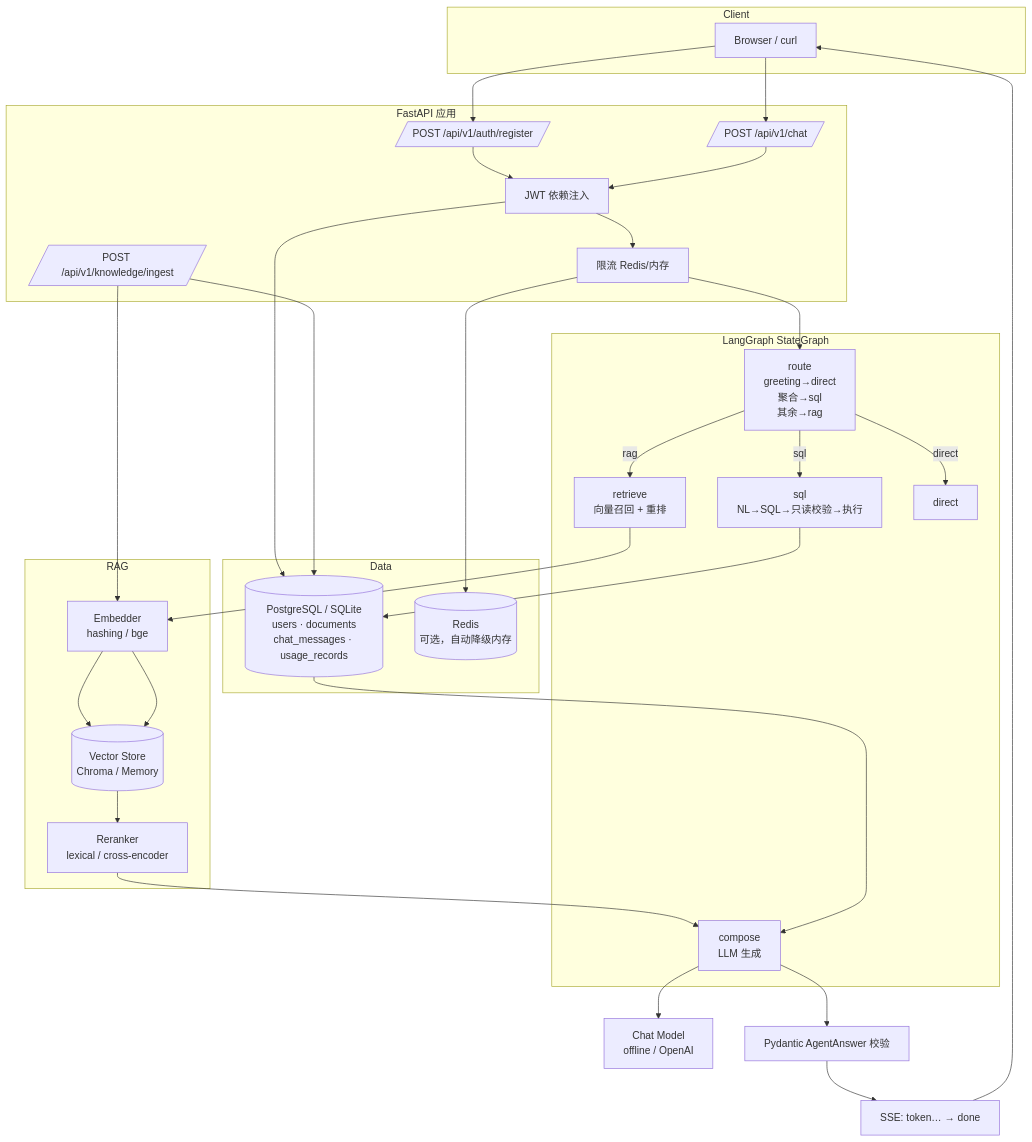
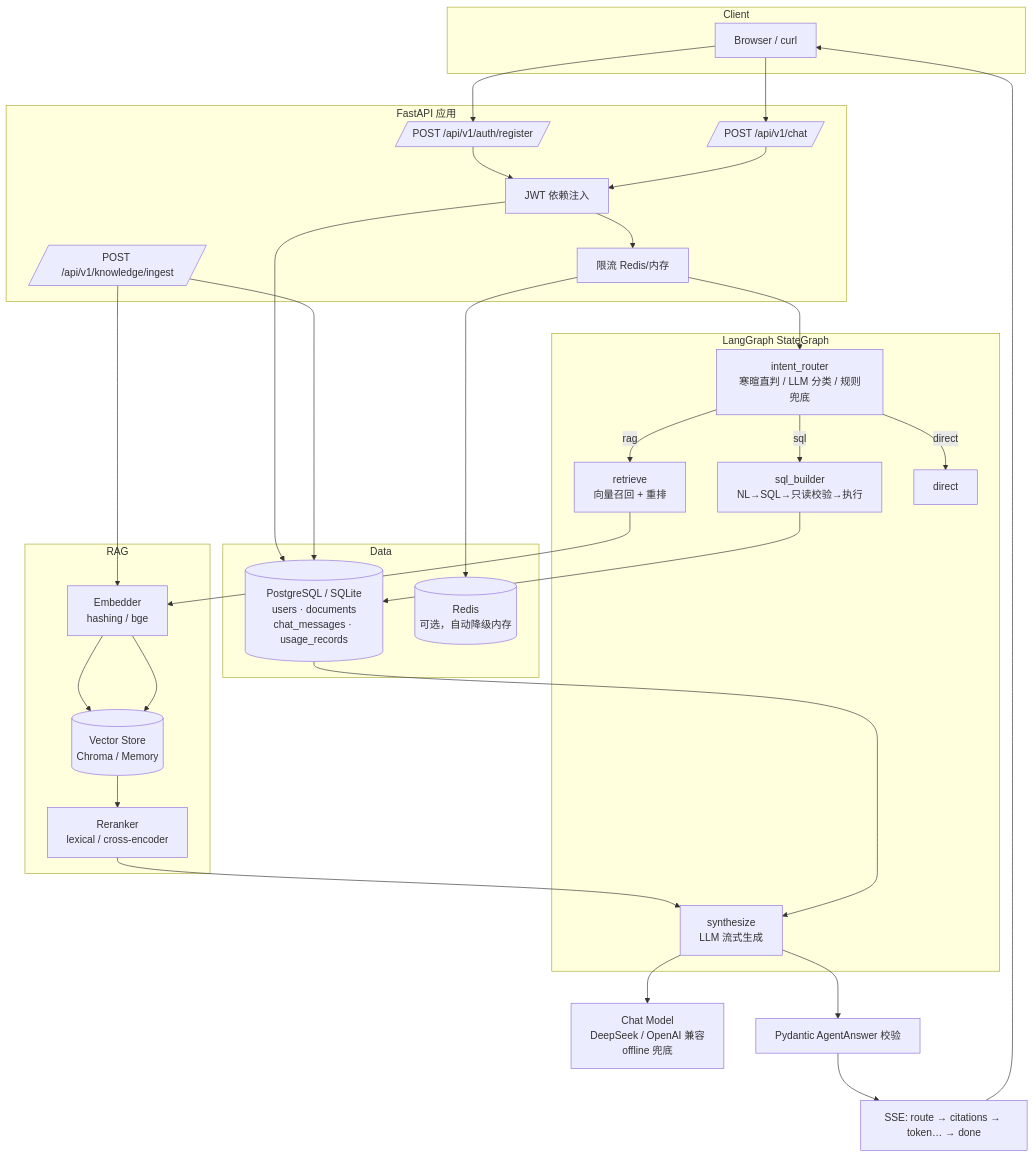
The diagram in README.md (QHW1010/personal_kb_agent), drawn with Mermaid before and after one commit. The commit also changed other lines of this file, not shown here.

First line of the commit message:
docs: 更新架构图与 SSE 协议，补充 DeepSeek 接入说明

````diff
--- a/README.md
+++ b/README.md
@@ -47,48 +47,48 @@
 ```mermaid
 flowchart TB
     subgraph Client
         C[Browser / curl]
     end
 
     subgraph API["FastAPI 应用"]
         R1[/POST /api/v1/auth/register/]
         R2[/POST /api/v1/chat/]
         R3[/POST /api/v1/knowledge/ingest/]
         AUTH[JWT 依赖注入]
         RL[限流 Redis/内存]
     end
 
     subgraph Graph["LangGraph StateGraph"]
-        RT[route<br/>greeting→direct<br/>聚合→sql<br/>其余→rag]
+        RT[intent_router<br/>寒暄直判 / LLM 分类 / 规则兜底]
         RV[retrieve<br/>向量召回 + 重排]
-        SQ[sql<br/>NL→SQL→只读校验→执行]
-        CP[compose<br/>LLM 生成]
+        SQ[sql_builder<br/>NL→SQL→只读校验→执行]
+        SY[synthesize<br/>LLM 流式生成]
         DR[direct]
     end
 
     subgraph RAG
         EM[Embedder<br/>hashing / bge]
         VS[(Vector Store<br/>Chroma / Memory)]
         RR[Reranker<br/>lexical / cross-encoder]
     end
 
     subgraph Data
         PG[(PostgreSQL / SQLite<br/>users · documents<br/>chat_messages · usage_records)]
         RD[(Redis<br/>可选，自动降级内存)]
     end
 
-    LLM[Chat Model<br/>offline / OpenAI]
+    LLM[Chat Model<br/>DeepSeek / OpenAI 兼容<br/>offline 兜底]
 
     C --> R1 --> AUTH --> PG
     C --> R2 --> AUTH --> RL --> RT
-    RT -->|rag| RV --> EM --> VS --> RR --> CP
-    RT -->|sql| SQ --> PG --> CP
+    RT -->|rag| RV --> EM --> VS --> RR --> SY
+    RT -->|sql| SQ --> PG --> SY
     RT -->|direct| DR
-    CP --> LLM
-    CP --> V[Pydantic AgentAnswer 校验]
-    V --> SSE[SSE: token… → done]
+    SY --> LLM
+    SY --> V[Pydantic AgentAnswer 校验]
+    V --> SSE[SSE: route → citations → token… → done]
     SSE --> C
     R3 --> EM --> VS
     R3 --> PG
     RL --> RD
 ```
````
